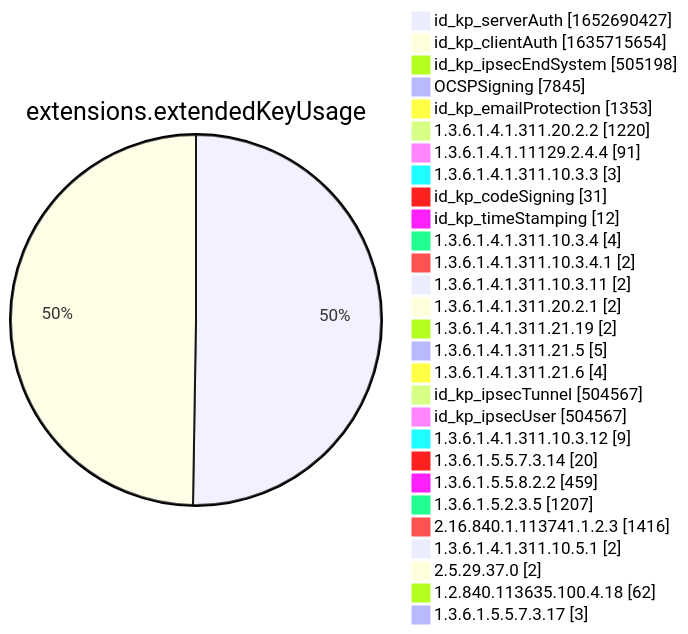
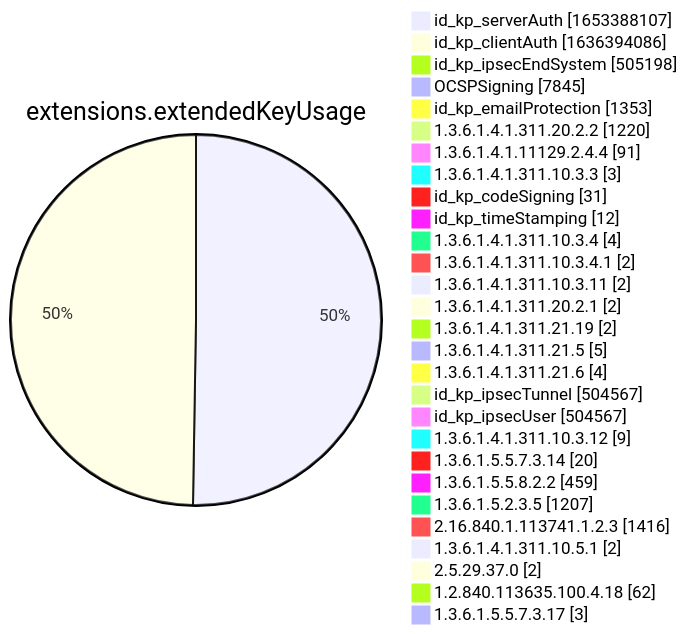
Before and after one commit to christiankrug/ctmonitor_visualization: diagram 12 of 15 in xenon2022/README.md, drawn with Mermaid. The commit also changed other lines of this file, not shown here.

````diff
--- a/xenon2022/README.md
+++ b/xenon2022/README.md
@@ -3886,32 +3886,32 @@
 ```mermaid
 pie showData
 title extensions.extendedKeyUsage
-"id_kp_serverAuth" :1652690427
-"id_kp_clientAuth" :1635715654
+"id_kp_serverAuth" :1653388107
+"id_kp_clientAuth" :1636394086
 "id_kp_ipsecEndSystem" :505198
 "OCSPSigning" :7845
 "id_kp_emailProtection" :1353
 "1.3.6.1.4.1.311.20.2.2" :1220
 "1.3.6.1.4.1.11129.2.4.4" :91
 "1.3.6.1.4.1.311.10.3.3" :3
 "id_kp_codeSigning" :31
 "id_kp_timeStamping" :12
 "1.3.6.1.4.1.311.10.3.4" :4
 "1.3.6.1.4.1.311.10.3.4.1" :2
 "1.3.6.1.4.1.311.10.3.11" :2
 "1.3.6.1.4.1.311.20.2.1" :2
 "1.3.6.1.4.1.311.21.19" :2
 "1.3.6.1.4.1.311.21.5" :5
 "1.3.6.1.4.1.311.21.6" :4
 "id_kp_ipsecTunnel" :504567
 "id_kp_ipsecUser" :504567
 "1.3.6.1.4.1.311.10.3.12" :9
 "1.3.6.1.5.5.7.3.14" :20
 "1.3.6.1.5.5.8.2.2" :459
 "1.3.6.1.5.2.3.5" :1207
 "2.16.840.1.113741.1.2.3" :1416
 "1.3.6.1.4.1.311.10.5.1" :2
 "2.5.29.37.0" :2
 "1.2.840.113635.100.4.18" :62
 "1.3.6.1.5.5.7.3.17" :3
 ```
````
